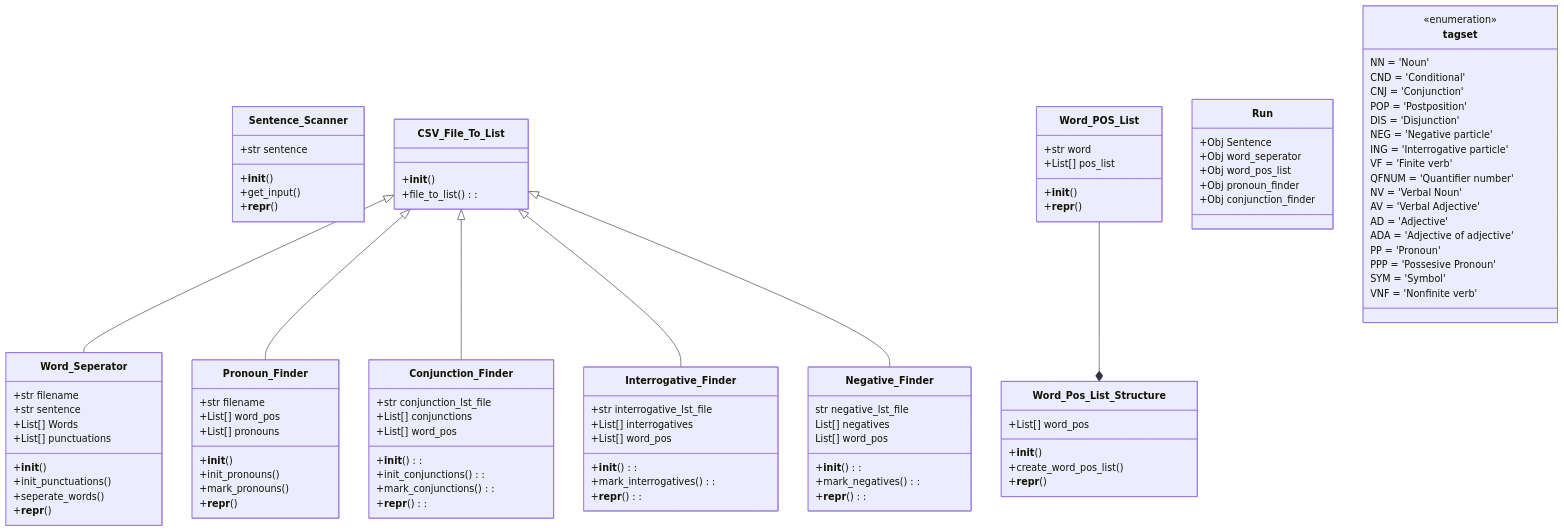
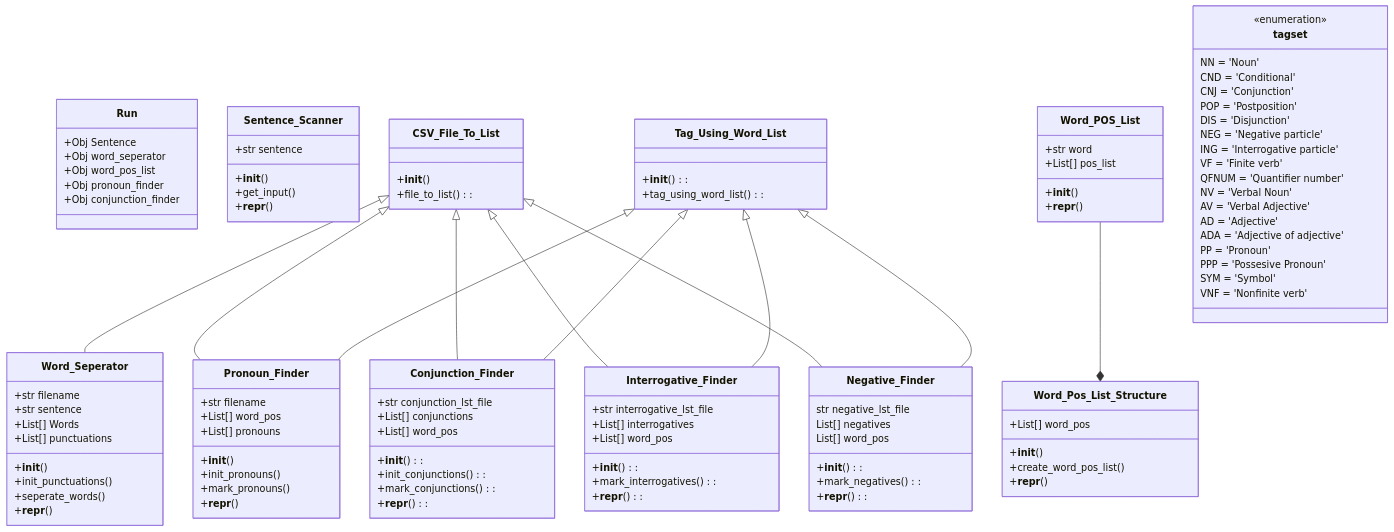
Before and after one commit to masnm/POS-tagging: the first of 2 diagrams in src/README.md, drawn with Mermaid. The commit also changed 8 other files, not shown here.

Commit message:
Tag_Using_Word_List class added

````diff
--- a/src/README.md
+++ b/src/README.md
@@ -4,5 +4,13 @@
 ```mermaid
 classDiagram
+	class Run {
+		+Obj Sentence
+		+Obj word_seperator
+		+Obj word_pos_list
+		+Obj pronoun_finder
+		+Obj conjunction_finder
+	}
+
 	class Sentence_Scanner {
 		+str sentence
 		+__init__ ()
@@ -43,6 +51,7 @@
 		+__repr__ ()
 	}
 	CSV_File_To_List <|-- Pronoun_Finder
+	Tag_Using_Word_List <|-- Pronoun_Finder
 
 	class Conjunction_Finder {
 		+str conjunction_lst_file
@@ -54,6 +63,7 @@
 		+__repr__ ():
 	}
 	CSV_File_To_List <|-- Conjunction_Finder
+	Tag_Using_Word_List <|-- Conjunction_Finder
 
 	class Interrogative_Finder {
 		+str interrogative_lst_file
@@ -64,25 +74,25 @@
 		+__repr__ ():
 	}
 	CSV_File_To_List <|-- Interrogative_Finder
+	Tag_Using_Word_List <|-- Interrogative_Finder
 
 	class Negative_Finder {
 		str negative_lst_file
 		List[] negatives
 		List[] word_pos
-			+__init__ ():
-			+mark_negatives ():
-			+__repr__ ():
+		+__init__ ():
+		+mark_negatives ():
+		+__repr__ ():
 	}
 	CSV_File_To_List <|-- Negative_Finder
+	Tag_Using_Word_List <|-- Negative_Finder
 
 	Word_POS_List --* Word_Pos_List_Structure
 
-	class Run {
-		+Obj Sentence
-		+Obj word_seperator
-		+Obj word_pos_list
-		+Obj pronoun_finder
-		+Obj conjunction_finder
+
+	class Tag_Using_Word_List {
+		+__init__ ():
+		+tag_using_word_list ():
 	}
 
 	class CSV_File_To_List {
````
